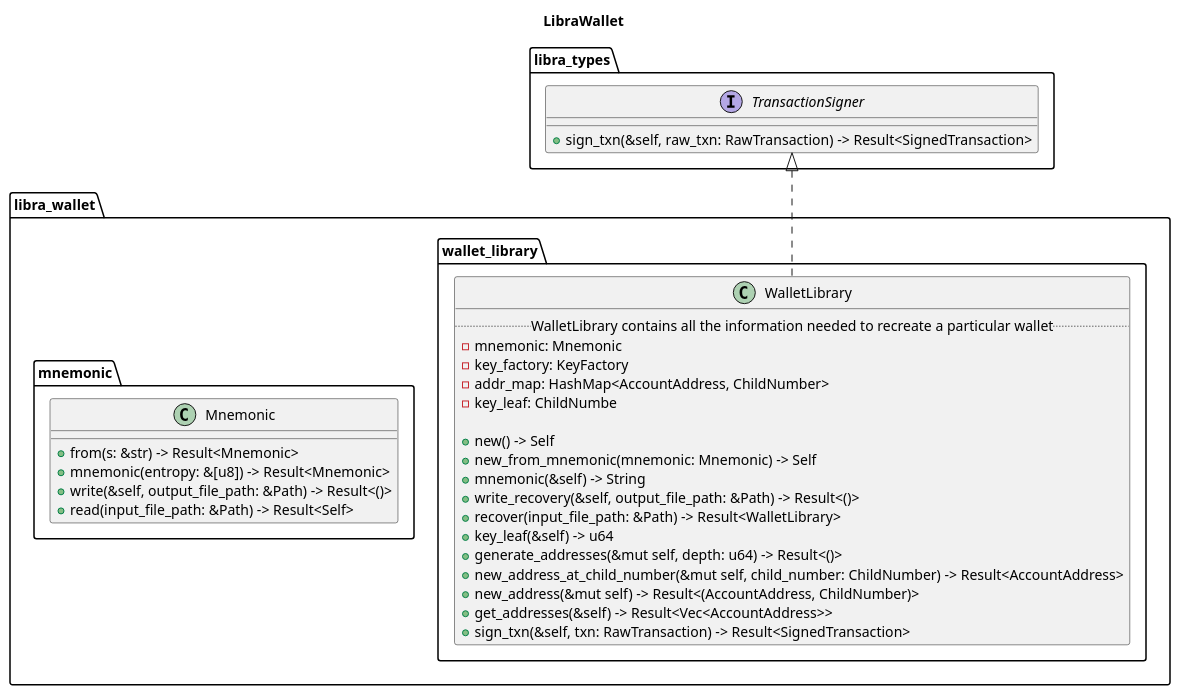
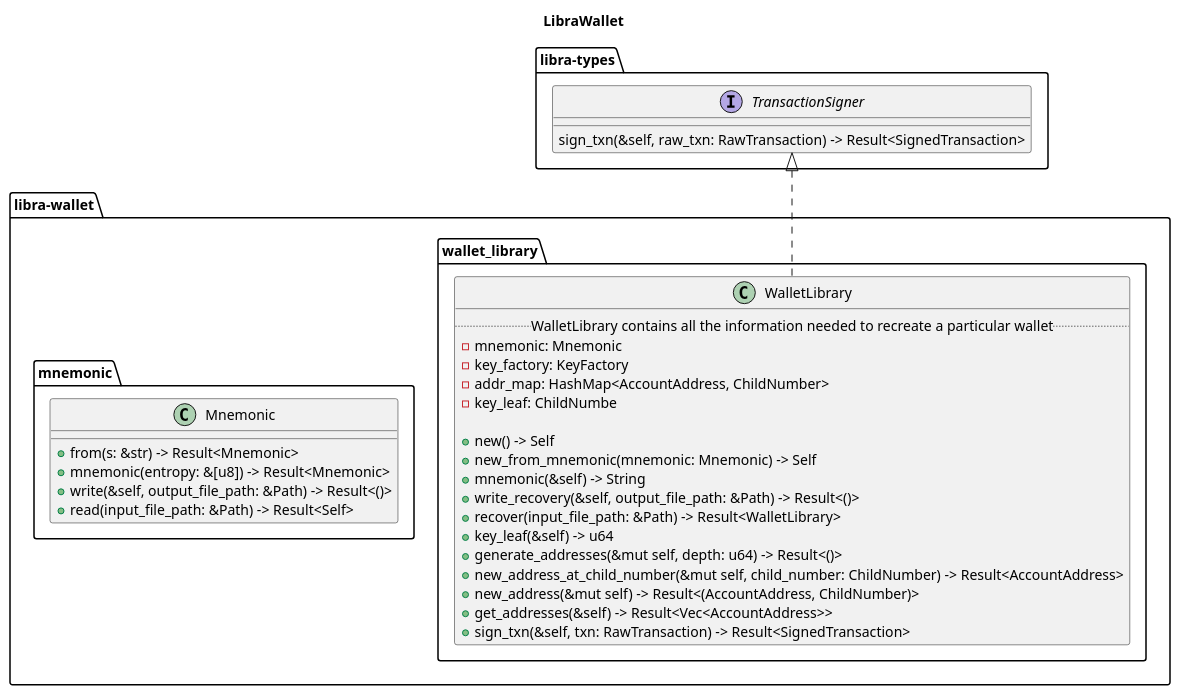
Before and after one commit to hello2mao/hello2mao.github.io: the diagram in resources/libra-uml/client/libra-wallet.puml, drawn with PlantUML. The commit also changed 1 other file, not shown here.

```diff
--- a/resources/libra-uml/client/libra-wallet.puml
+++ b/resources/libra-uml/client/libra-wallet.puml
@@ -1,47 +1,47 @@
 @startuml
 title  LibraWallet
 
-package libra_types {
+package libra-types {
   Interface TransactionSigner {
-    +sign_txn(&self, raw_txn: RawTransaction) -> Result<SignedTransaction>
+    sign_txn(&self, raw_txn: RawTransaction) -> Result<SignedTransaction>
   }
 }
 
-package libra_wallet {
+package libra-wallet {
   package wallet_library {
     Class WalletLibrary {
       ..WalletLibrary contains all the information needed to recreate a particular wallet..
       -mnemonic: Mnemonic
       -key_factory: KeyFactory
       -addr_map: HashMap<AccountAddress, ChildNumber>
       -key_leaf: ChildNumbe
 
       +new() -> Self
       +new_from_mnemonic(mnemonic: Mnemonic) -> Self
       +mnemonic(&self) -> String
       +write_recovery(&self, output_file_path: &Path) -> Result<()>
       +recover(input_file_path: &Path) -> Result<WalletLibrary>
       +key_leaf(&self) -> u64
       +generate_addresses(&mut self, depth: u64) -> Result<()>
       +new_address_at_child_number(&mut self, child_number: ChildNumber) -> Result<AccountAddress>
       +new_address(&mut self) -> Result<(AccountAddress, ChildNumber)>
       +get_addresses(&self) -> Result<Vec<AccountAddress>>
       +sign_txn(&self, txn: RawTransaction) -> Result<SignedTransaction>
     }
     TransactionSigner <|.. WalletLibrary
   }
   
   package mnemonic {
     Class Mnemonic {
       +from(s: &str) -> Result<Mnemonic>
       +mnemonic(entropy: &[u8]) -> Result<Mnemonic>
       +write(&self, output_file_path: &Path) -> Result<()>
       +read(input_file_path: &Path) -> Result<Self>
     }
   }
   
 
 
 }
 
 @enduml
```
